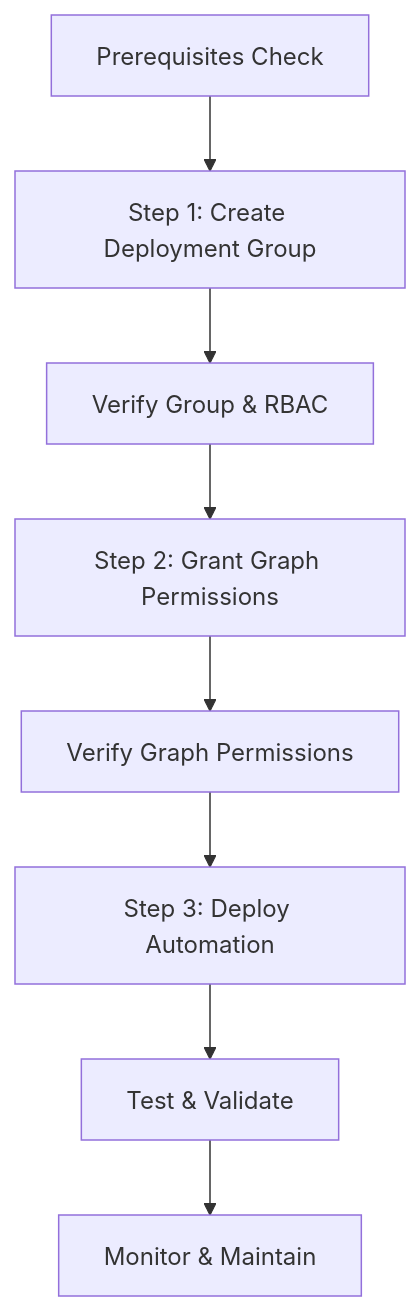
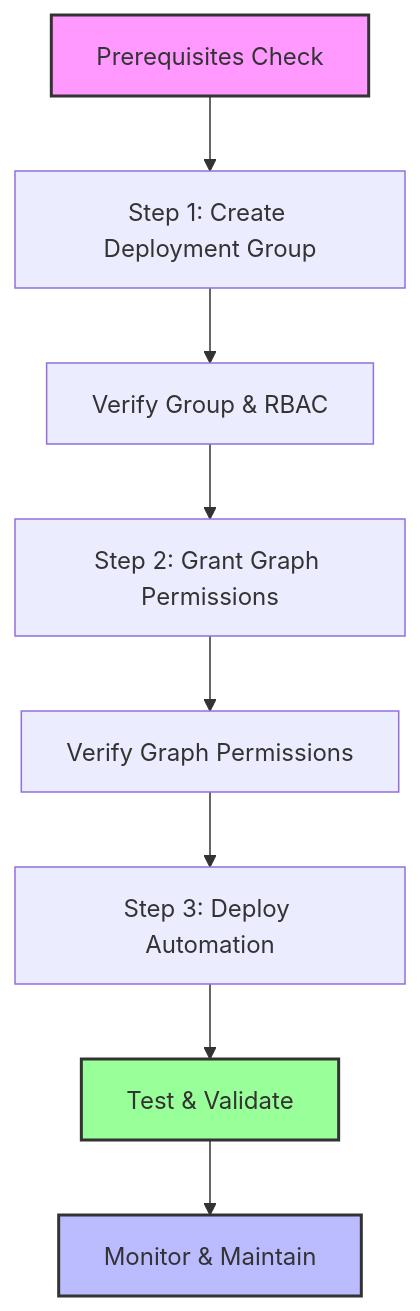
One commit to ortiz05/Azure-Claude-Code changed the diagram in AZURE-AUTOMATION-DEPLOYMENT-WORKFLOW.md. Above: the diagram before and after it, drawn with Mermaid. The commit also changed other lines of this file and 1 other file, not shown here.

````diff
--- a/AZURE-AUTOMATION-DEPLOYMENT-WORKFLOW.md
+++ b/AZURE-AUTOMATION-DEPLOYMENT-WORKFLOW.md
@@ -201,10 +229,14 @@
 ```mermaid
 graph TD
     A[Prerequisites Check] --> B[Step 1: Create Deployment Group]
     B --> C[Verify Group & RBAC]
     C --> D[Step 2: Grant Graph Permissions]
     D --> E[Verify Graph Permissions]
     E --> F[Step 3: Deploy Automation]
     F --> G[Test & Validate]
     G --> H[Monitor & Maintain]
+    
+    style A fill:#f9f,stroke:#333,stroke-width:2px
+    style G fill:#9f9,stroke:#333,stroke-width:2px
+    style H fill:#bbf,stroke:#333,stroke-width:2px
 ```
````
